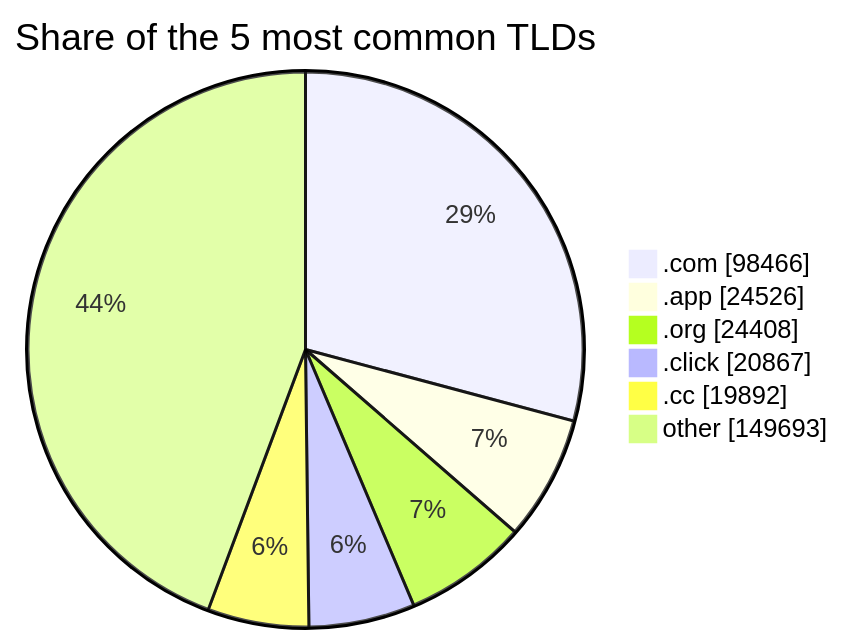
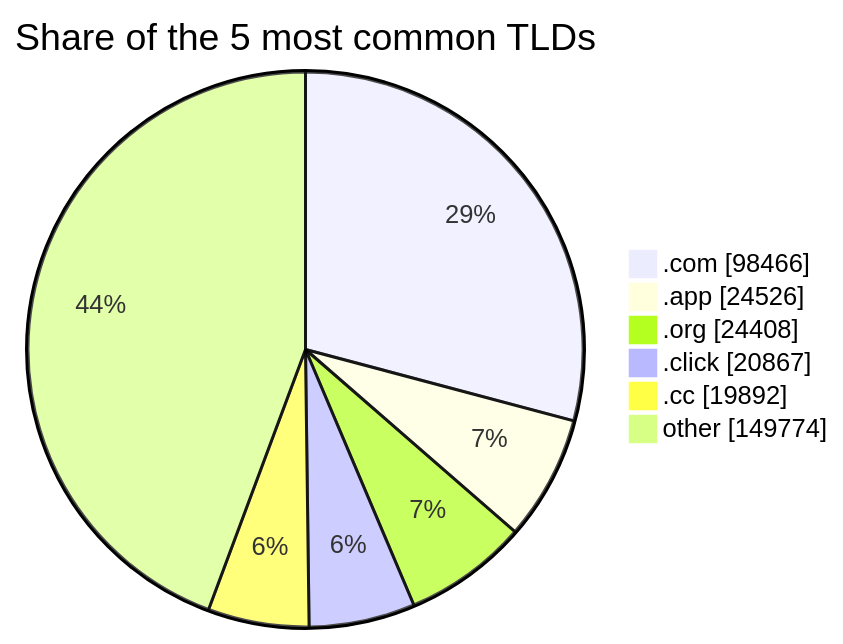
Before and after one commit to DNSBunker/CTI: the third of 3 diagrams in README.md, drawn with Mermaid. The commit also changed other lines of this file and 4 other files, not shown here.

````diff
--- a/README.md
+++ b/README.md
@@ -81,9 +81,9 @@
 ```mermaid
 pie showData title Share of the 5 most common TLDs
     ".com" : 98466
     ".app" : 24526
     ".org" : 24408
     ".click" : 20867
     ".cc" : 19892
-    "other" : 149693
+    "other" : 149774
 ```
````
